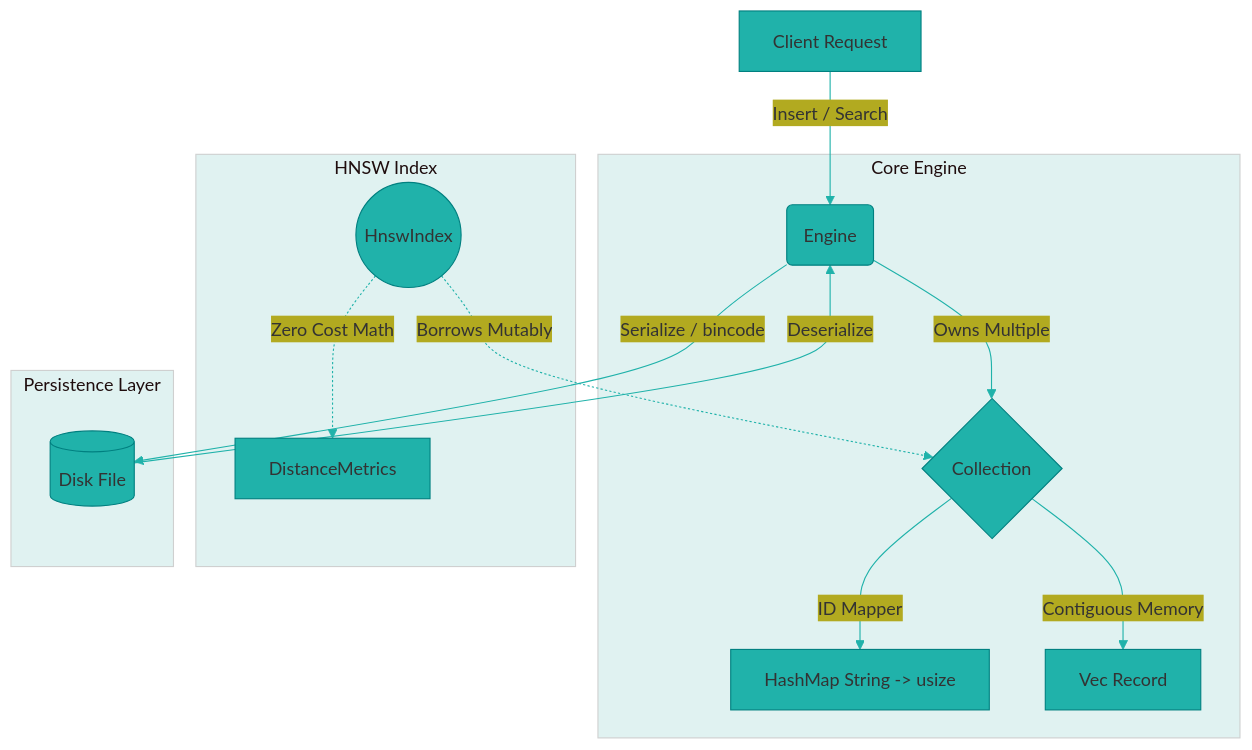
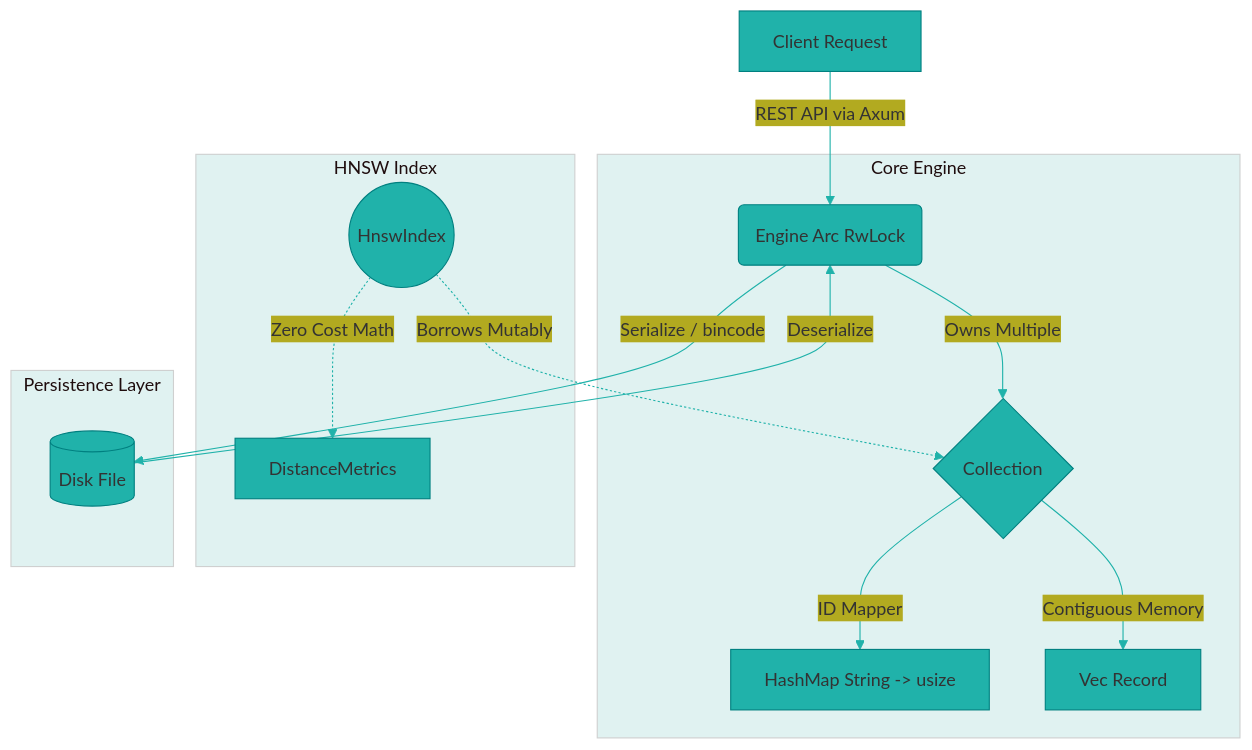
Before and after one commit to blackeagle686/vec_db: the diagram in README.md, drawn with Mermaid. The commit also changed other lines of this file and 6 other files, not shown here.

````diff
--- a/README.md
+++ b/README.md
@@ -31,21 +32,21 @@
 ```mermaid
 %%{init: {'theme': 'base', 'themeVariables': { 'primaryColor': '#20B2AA', 'primaryBorderColor': '#008080', 'lineColor': '#20B2AA', 'tertiaryColor': '#E0F2F1'}}}%%
 graph TD
-    A[Client Request] -->|Insert / Search| B(Engine)
+    A[Client Request] -->|REST API via Axum| B(Engine Arc RwLock)
     
     subgraph Core Engine
         B -->|Owns Multiple| C{Collection}
         C -->|ID Mapper| D[HashMap String -> usize]
         C -->|Contiguous Memory| E[Vec Record]
     end
     
     subgraph HNSW Index
         F((HnswIndex)) -.->|Borrows Mutably| C
         F -.->|Zero Cost Math| G[DistanceMetrics]
     end
     
     subgraph Persistence Layer
         B -->|Serialize / bincode| H[(Disk File)]
         H -->|Deserialize| B
     end
 ```
````
